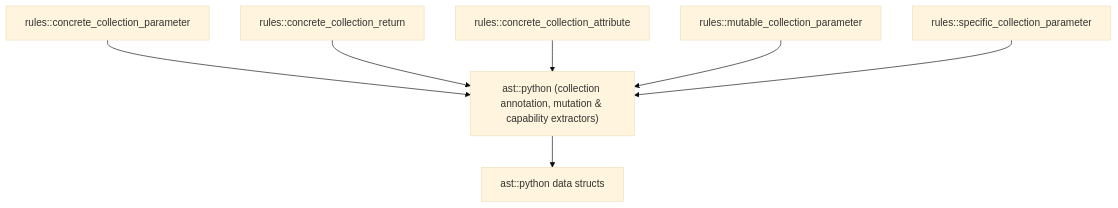
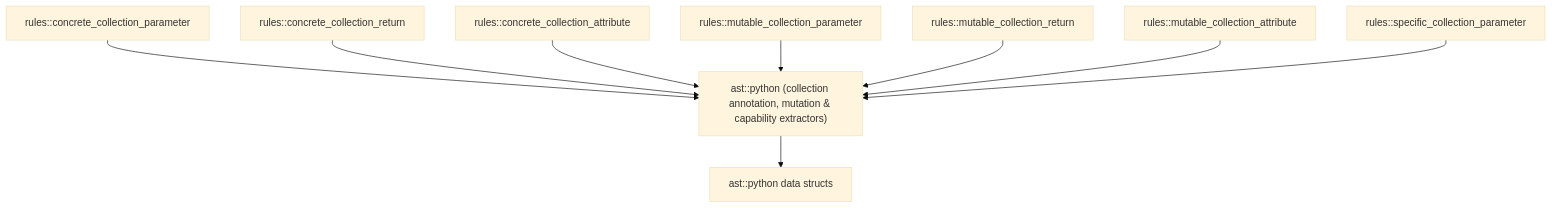
Before and after one commit to Kajiih/omni-lint: the diagram in docs/dev/signature_collection_types/03_design_plan.md, drawn with Mermaid (base theme). The commit also changed other lines of this file and 13 other files, not shown here.

Commit message:
Mutable and Specific type

````diff
--- a/docs/dev/signature_collection_types/03_design_plan.md
+++ b/docs/dev/signature_collection_types/03_design_plan.md
@@ -248,16 +250,20 @@
 ```mermaid
 graph TD
     R1["rules::concrete_collection_parameter"]
     R2["rules::concrete_collection_return"]
     R3["rules::concrete_collection_attribute"]
     R4["rules::mutable_collection_parameter"]
-    R5["rules::specific_collection_parameter"]
+    R5["rules::mutable_collection_return"]
+    R6["rules::mutable_collection_attribute"]
+    R7["rules::specific_collection_parameter"]
     P["ast::python (collection annotation, mutation & capability extractors)"]
     T["ast::python data structs"]
     R1 --> P
     R2 --> P
     R3 --> P
     R4 --> P
     R5 --> P
+    R6 --> P
+    R7 --> P
     P --> T
 ```
````
